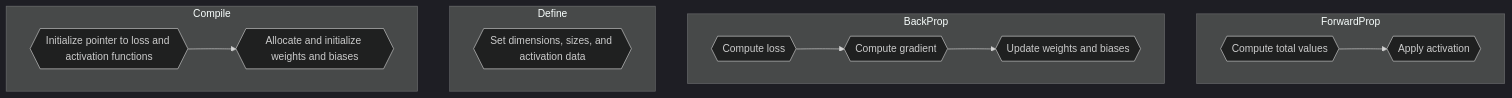
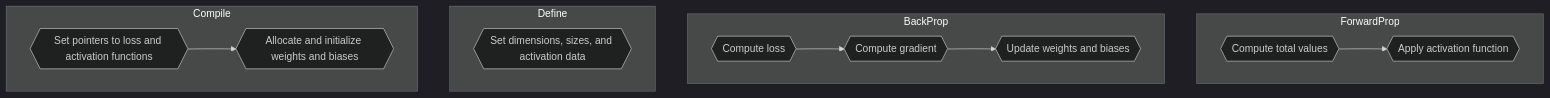
One commit to Joey574/MachineLearningCpp changed the second of 5 diagrams in README.md. Above: the diagram before and after it, drawn with Mermaid (dark theme).

````diff
--- a/README.md
+++ b/README.md
@@ -40,18 +40,18 @@
 ```mermaid
 flowchart TD
 subgraph ForwardProp
-fpa{{Compute total values}} --> fpb{{Apply activation}}
+fpa{{Compute total values}} --> fpb{{Apply activation function}}
 end
 
 subgraph BackProp
 bpa{{Compute loss}} --> bpb{{Compute gradient}} --> bpc{{Update weights and biases}}
 end
 
 subgraph Define
 da{{Set dimensions, sizes, and activation data}}
 end
 
 subgraph Compile
-ca{{Initialize pointer to loss and activation functions}} --> cb{{Allocate and initialize weights and biases}}
+ca{{Set pointers to loss and activation functions}} --> cb{{Allocate and initialize weights and biases}}
 end
 ```
````
